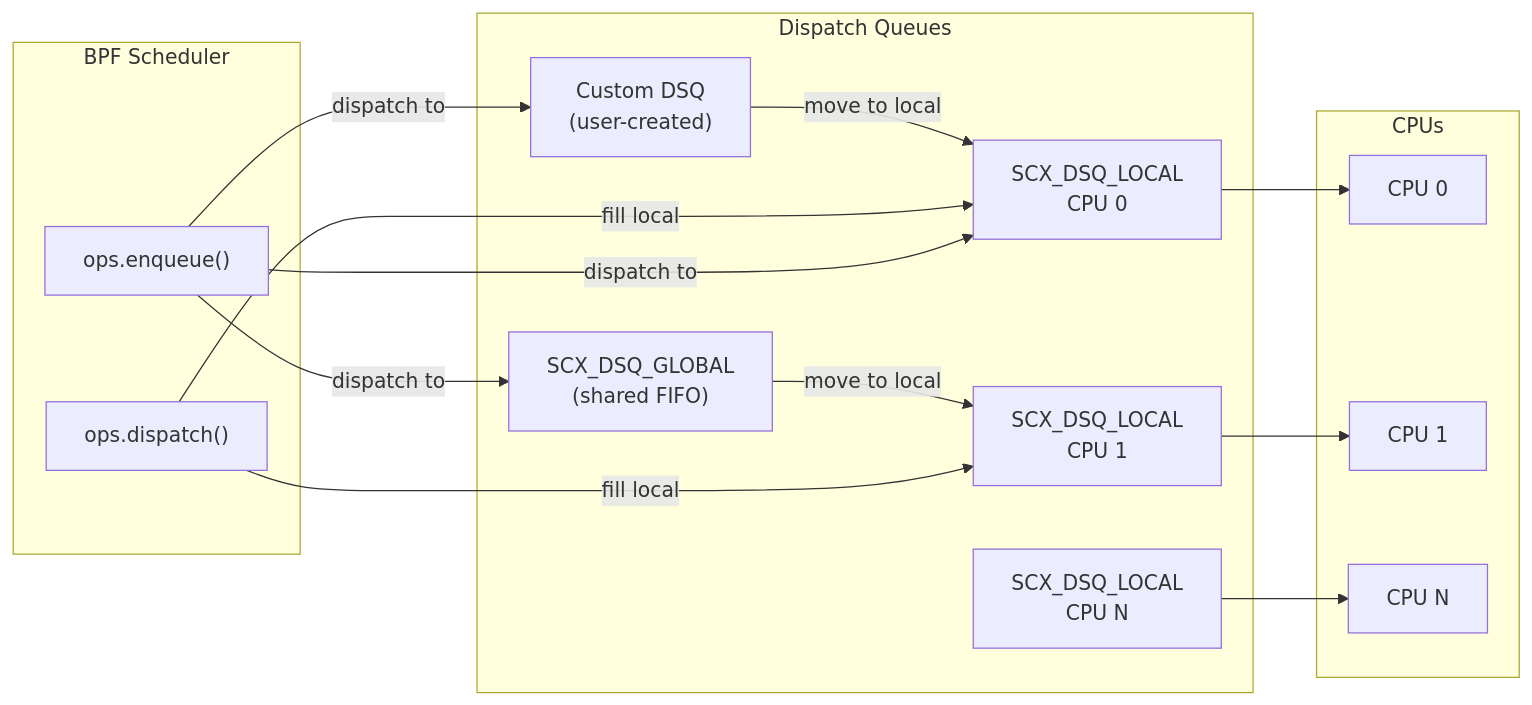
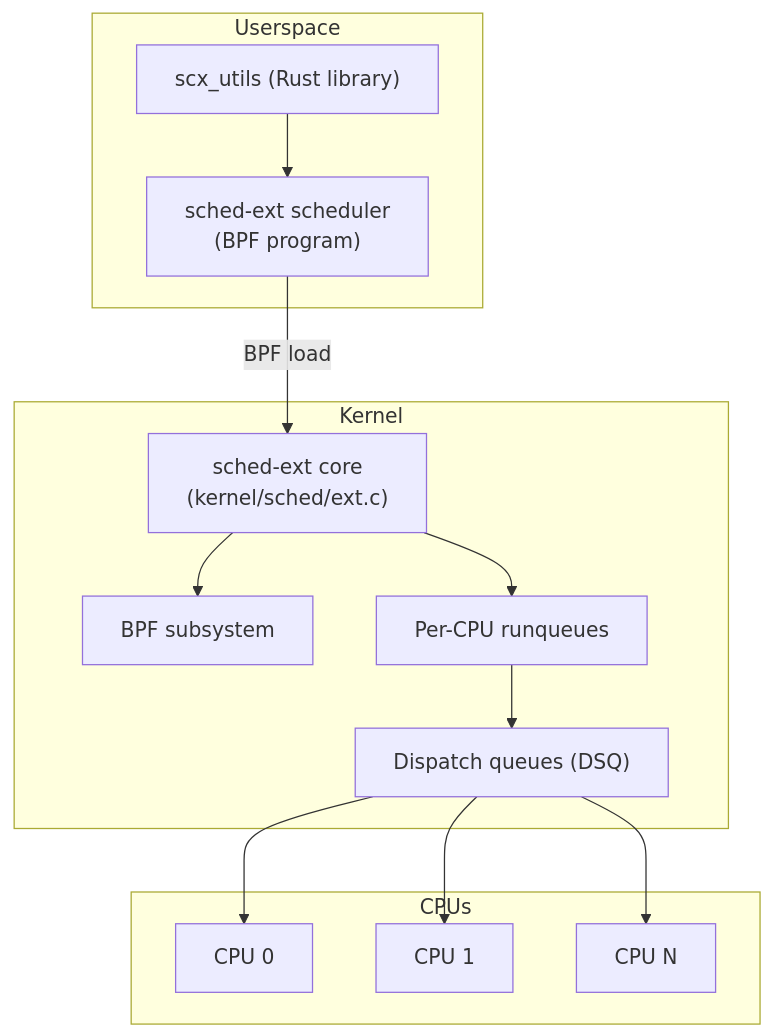
Before and after one commit to Abhinav-Kumar012/lb2: the first of 2 diagrams in src/kernel/processes/sched-ext.md, drawn with Mermaid. The commit also changed other lines of this file, not shown here.

Commit message:
Add sched-ext.md: extensible BPF scheduler, dispatch queues, Rust scheduler examples

````diff
--- a/src/kernel/processes/sched-ext.md
+++ b/src/kernel/processes/sched-ext.md
@@ -157,32 +15,29 @@
 ```mermaid
-graph LR
-    subgraph "BPF Scheduler"
-        ENQ["ops.enqueue()"]
-        DISP["ops.dispatch()"]
+flowchart TD
+    subgraph UserSpace["Userspace"]
+        SCHED["sched-ext scheduler<br/>(BPF program)"]
+        SCX["scx_utils (Rust library)"]
     end
 
-    subgraph "Dispatch Queues"
-        GDSQ["SCX_DSQ_GLOBAL<br/>(shared FIFO)"]
-        CDSQ["Custom DSQ<br/>(user-created)"]
-        LDSQ0["SCX_DSQ_LOCAL<br/>CPU 0"]
-        LDSQ1["SCX_DSQ_LOCAL<br/>CPU 1"]
-        LDSQ2["SCX_DSQ_LOCAL<br/>CPU N"]
+    subgraph Kernel["Kernel"]
+        EXT["sched-ext core<br/>(kernel/sched/ext.c)"]
+        BPF["BPF subsystem"]
+        RUNQUEUE["Per-CPU runqueues"]
+        DSQ["Dispatch queues (DSQ)"]
     end
 
-    subgraph "CPUs"
+    subgraph CPUs["CPUs"]
         CPU0["CPU 0"]
         CPU1["CPU 1"]
         CPUN["CPU N"]
     end
 
-    ENQ -->|"dispatch to"| GDSQ
-    ENQ -->|"dispatch to"| CDSQ
-    ENQ -->|"dispatch to"| LDSQ0
-    DISP -->|"fill local"| LDSQ0
-    DISP -->|"fill local"| LDSQ1
-    CDSQ -->|"move to local"| LDSQ0
-    GDSQ -->|"move to local"| LDSQ1
-    LDSQ0 --> CPU0
-    LDSQ1 --> CPU1
-    LDSQ2 --> CPUN
+    SCX --> SCHED
+    SCHED -->|BPF load| EXT
+    EXT --> BPF
+    EXT --> RUNQUEUE
+    RUNQUEUE --> DSQ
+    DSQ --> CPU0
+    DSQ --> CPU1
+    DSQ --> CPUN
 ```
````
